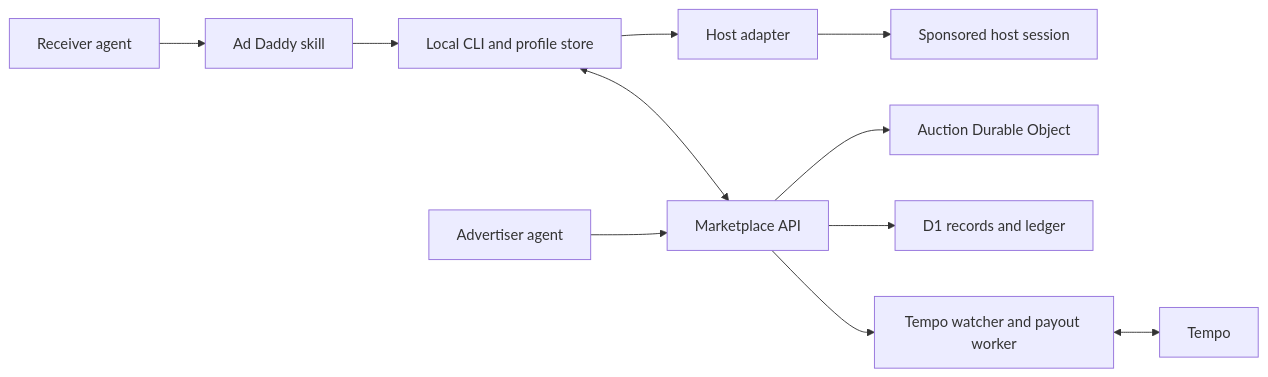
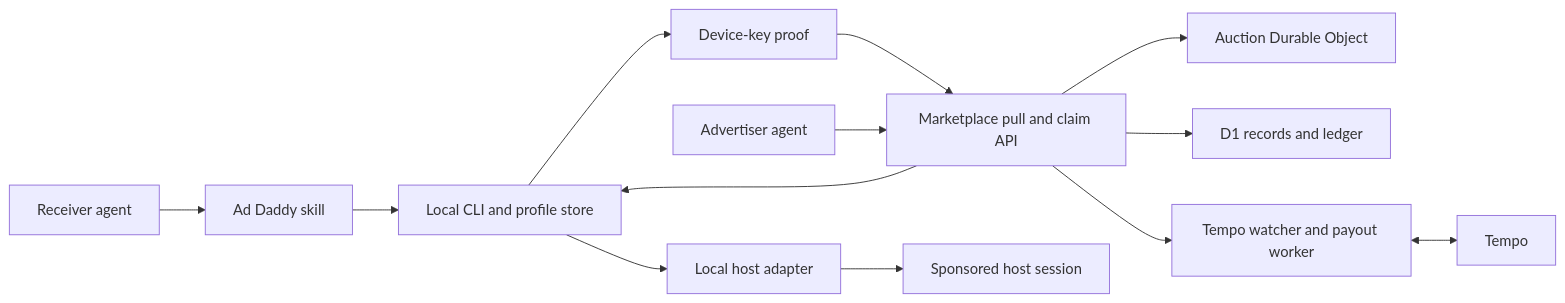
One commit to eabnelson/ad-daddy changed the first of 6 diagrams in docs/plans/2026-08-15-1055-feat-ad-daddy-marketplace-plan.md. Above: the diagram before and after it, drawn with Mermaid. The commit also changed other lines of this file and 4 other files, not shown here.

````diff
--- a/docs/plans/2026-08-15-1055-feat-ad-daddy-marketplace-plan.md
+++ b/docs/plans/2026-08-15-1055-feat-ad-daddy-marketplace-plan.md
@@ -199,13 +207,15 @@
 ```mermaid
 flowchart LR
   R["Receiver agent"] --> S["Ad Daddy skill"]
   S --> C["Local CLI and profile store"]
-  C --> H["Host adapter"]
-  C <--> API["Marketplace API"]
+  C --> K["Device-key proof"]
+  K --> API["Marketplace pull and claim API"]
+  API --> C
+  C --> H["Local host adapter"]
   A["Advertiser agent"] --> API
   API --> AU["Auction Durable Object"]
   API --> DB["D1 records and ledger"]
   API --> T["Tempo watcher and payout worker"]
   H --> HS["Sponsored host session"]
   T <--> CHAIN["Tempo"]
 ```
````
